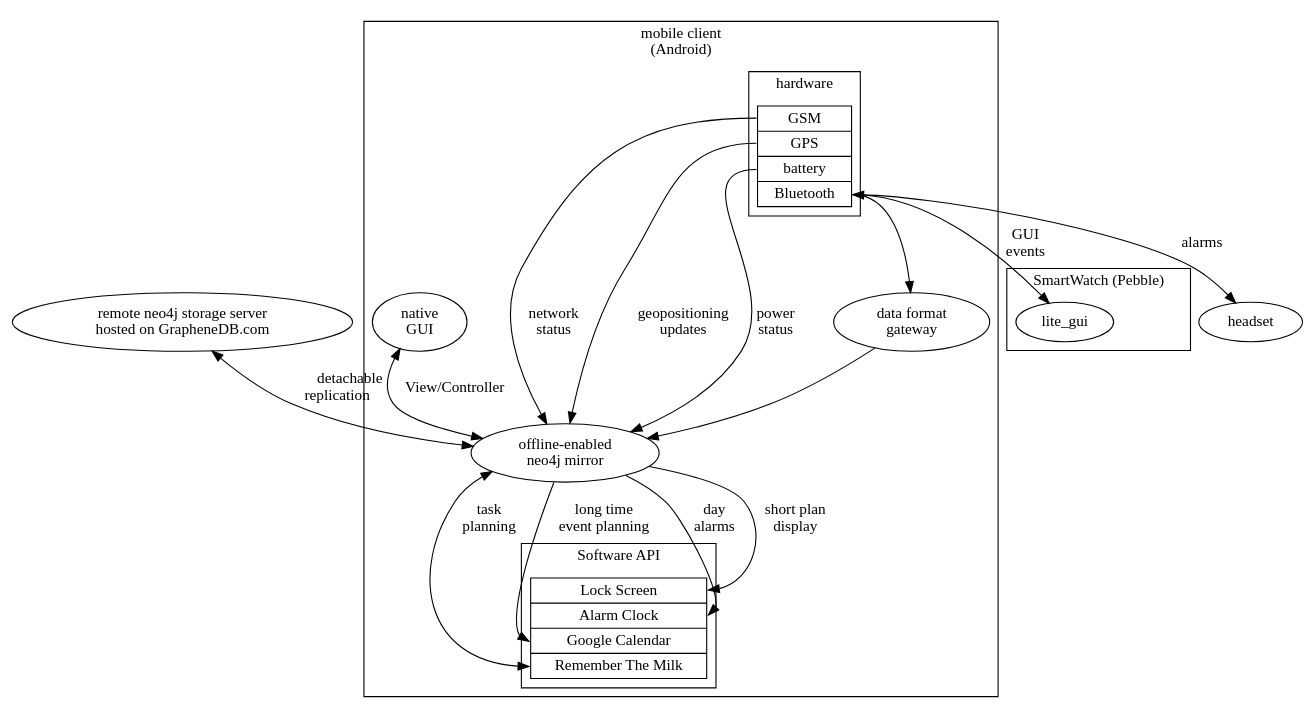
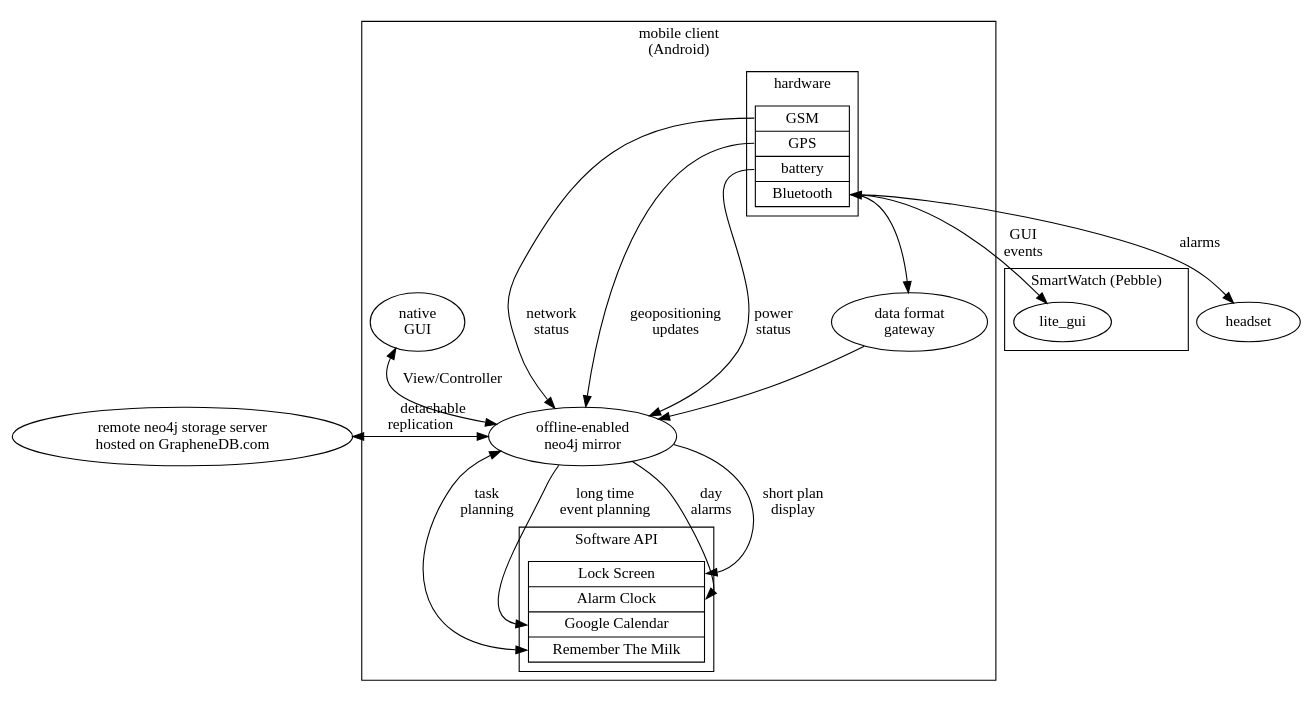
The diagram in fig/mobile.dot (ponyatov/article), drawn with Graphviz before and after one commit.

Commit message:
* rankdir try to be vertical (fail)

```diff
--- a/fig/mobile.dot
+++ b/fig/mobile.dot
@@ -1,44 +1,49 @@
 digraph mobile {
+
+newrank=true;
+rankdir=TB;
 
 neo4j [label="remote neo4j storage server\nhosted on GrapheneDB.com"];
 
 subgraph cluster_mobile {label="mobile client\n(Android)"
 offline [label="offline-enabled\nneo4j mirror"];
 native_GUI [label="native\nGUI"];
 native_GUI -> offline [dir=both,label="View/Controller"];
 
 subgraph cluster_api {
 	label="Software API";
 	node[shape=record];
 	api [label="{<lock> Lock Screen|<alarm> Alarm Clock|<cal> Google Calendar|<rtm> Remember The Milk}"];
 //	api:rtm -> api:lock [label="active\ntasks"];
 }
 	offline -> api:rtm [dir=both,label="task\nplanning"];
 	offline -> api:cal [label="long time\nevent planning"];
 	offline -> api:alarm [label="day\nalarms"];
 	offline -> api:lock [label="short plan\ndisplay"];
 
 subgraph cluster_hw {
     node [shape=record];
     label = "hardware"
     hw [label="{<gsm> GSM|<gps> GPS|<bat> battery|<bt> Bluetooth}"];
     }
     hw:gsm -> offline [label="network\nstatus"];
     hw:gps -> offline [label="geopositioning\nupdates"];
     hw:bat -> offline [label="power\nstatus"];
 hw:bt -> gateway -> offline;
 gateway [label="data format\ngateway"];
 
 };
 neo4j -> offline [dir=both,label=" detachable\r replication"];
 
 hw:bt->lite_gui [dir=both,label="GUI\nevents"];
 hw:bt->headset [label="alarms"];
 
 subgraph cluster_watch {
 label="SmartWatch (Pebble)";
 lite_gui;
 
 }
 
+{rank=same rankdir=TD neo4j offline }
+
 }
```
